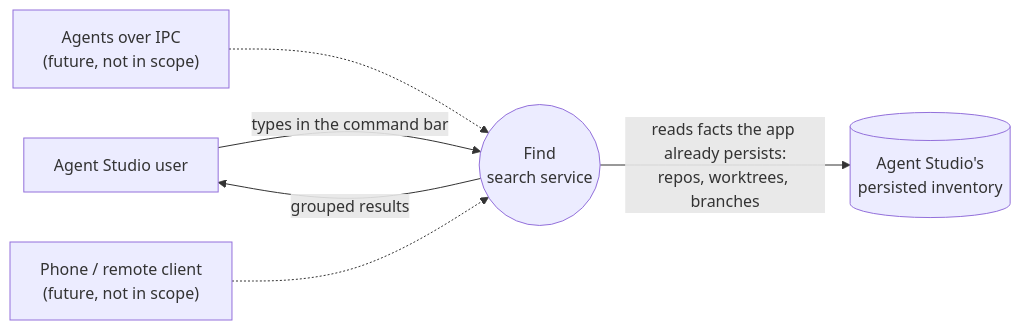
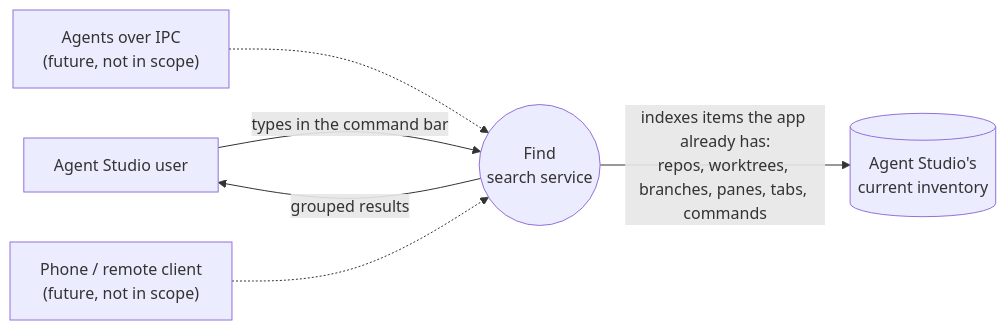
The second of 3 diagrams in docs/specs/2026-09-26-find-search-service/2026-09-26-find-search-service-specification.md (ShravanSunder/agentstudio), drawn with Mermaid before and after one commit. The commit also changed other lines of this file and 2 other files, not shown here.

````diff
--- a/docs/specs/2026-09-26-find-search-service/2026-09-26-find-search-service-specification.md
+++ b/docs/specs/2026-09-26-find-search-service/2026-09-26-find-search-service-specification.md
@@ -21,8 +21,8 @@
 ```mermaid
 flowchart LR
   U["Agent Studio user"] -- "types in the command bar" --> S(("Find<br/>search service"))
   F1["Agents over IPC<br/>(future, not in scope)"] -.-> S
   F2["Phone / remote client<br/>(future, not in scope)"] -.-> S
-  S -- "reads facts the app already persists:<br/>repos, worktrees, branches" --> D[("Agent Studio's<br/>persisted inventory")]
+  S -- "indexes items the app already has:<br/>repos, worktrees, branches, panes, tabs, commands" --> D[("Agent Studio's<br/>current inventory")]
   S -- "grouped results" --> U
 ```
````
